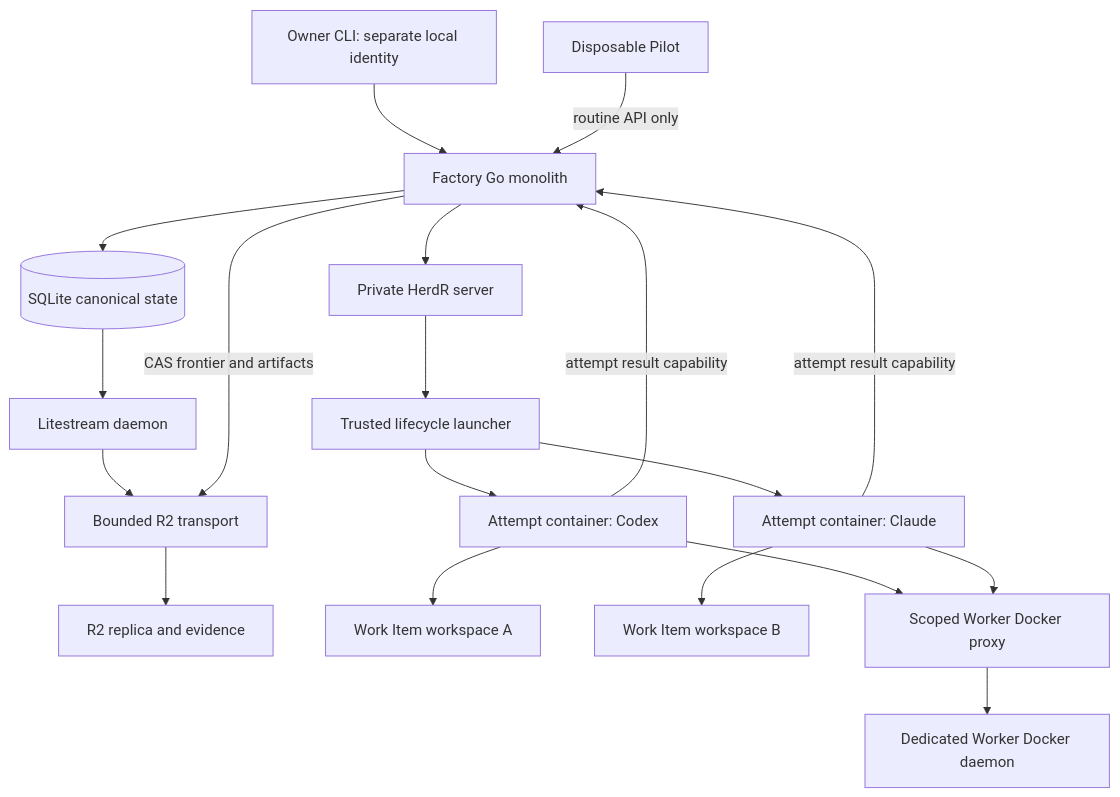
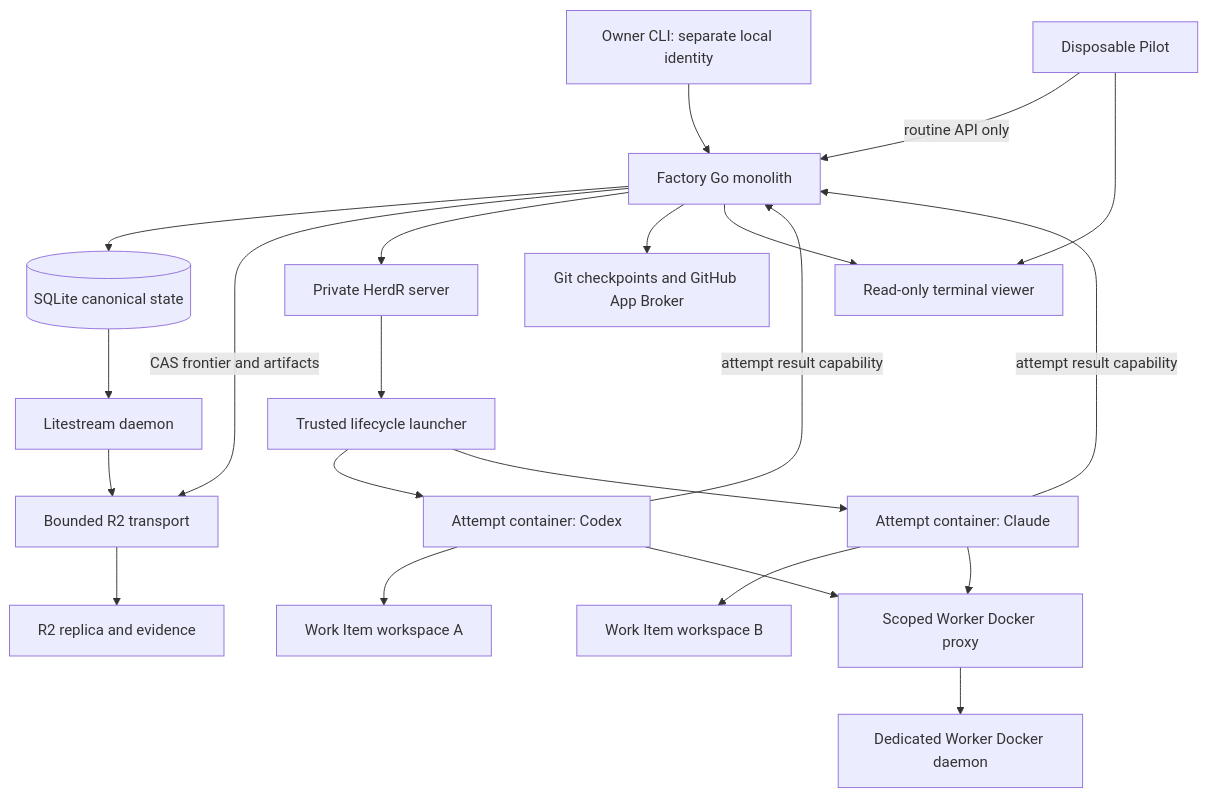
The fourth of 4 diagrams in docs/explanation/architecture.md (blac9216/PriFly), drawn with Mermaid before and after one commit. The commit also changed other lines of this file and 13 other files, not shown here.

````diff
--- a/docs/explanation/architecture.md
+++ b/docs/explanation/architecture.md
@@ -133,21 +133,24 @@
 ```mermaid
 flowchart TB
   Owner[Owner CLI: separate local identity] --> API[Factory Go monolith]
   Pilot[Disposable Pilot] -->|routine API only| API
   API --> DB[(SQLite canonical state)]
   DB --> LS[Litestream daemon]
   LS --> SG[Bounded R2 transport]
   SG --> R2[R2 replica and evidence]
   API -->|CAS frontier and artifacts| SG
   API --> HR[Private HerdR server]
   HR --> LA[Trusted lifecycle launcher]
   LA --> W1[Attempt container: Codex]
   LA --> W2[Attempt container: Claude]
   W1 --> WS1[Work Item workspace A]
   W2 --> WS2[Work Item workspace B]
   W1 --> DP[Scoped Worker Docker proxy]
   W2 --> DP
   DP --> WD[Dedicated Worker Docker daemon]
   W1 -->|attempt result capability| API
   W2 -->|attempt result capability| API
+  API --> GH[Git checkpoints and GitHub App Broker]
+  API --> VIEW[Read-only terminal viewer]
+  Pilot --> VIEW
 ```
````
